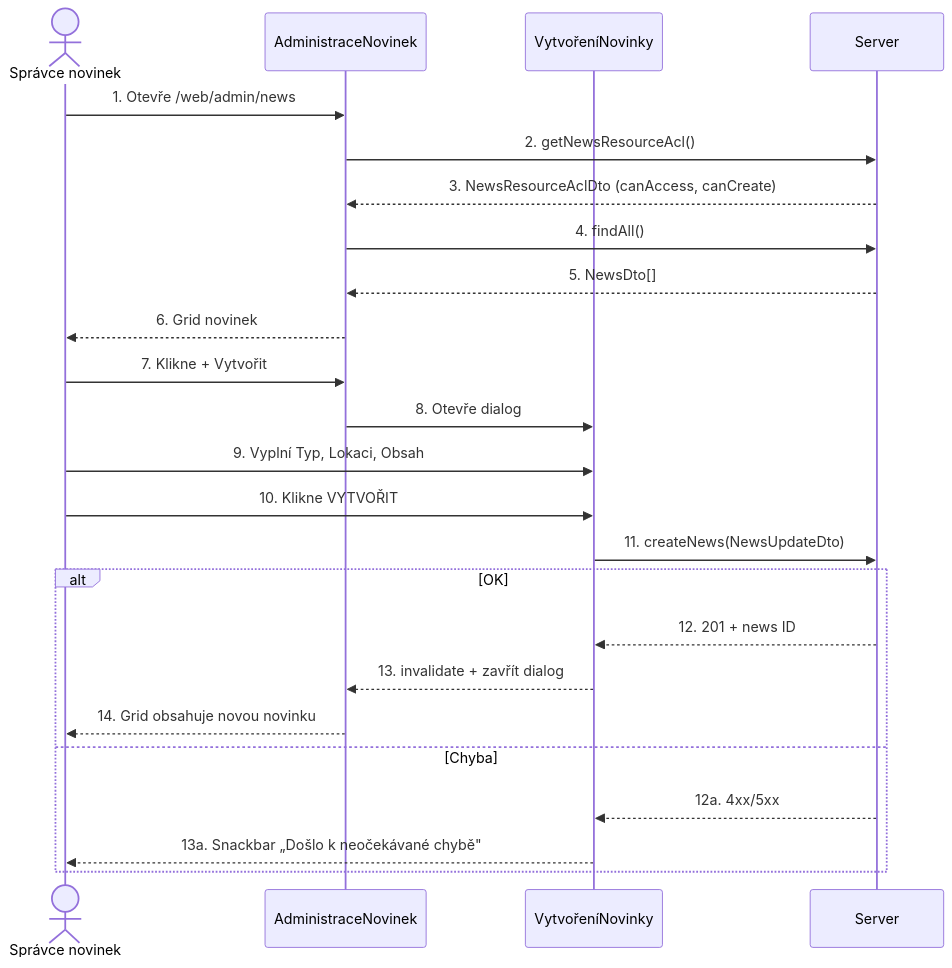
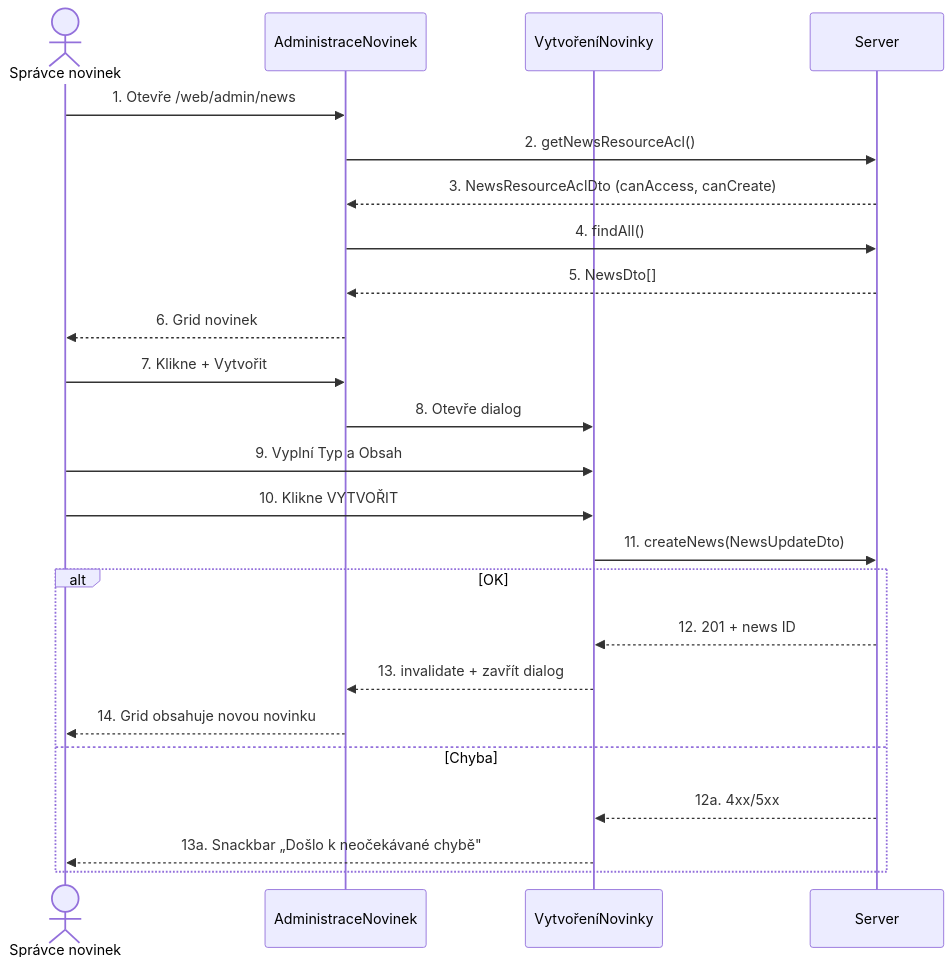
One commit to pvratny-droid/app.pvklok.eu changed the diagram in c3hub/RQU008 - Provozni formulare/analyza-md/05_sekvencni_diagramy.md. Above: the diagram before and after it, drawn with Mermaid. The commit also changed 52 other files, not shown here.

````diff
--- a/c3hub/RQU008 - Provozni formulare/analyza-md/05_sekvencni_diagramy.md
+++ b/c3hub/RQU008 - Provozni formulare/analyza-md/05_sekvencni_diagramy.md
@@ -19,27 +19,27 @@
 ```mermaid
 sequenceDiagram
     actor S as Správce novinek
     participant A as AdministraceNovinek
     participant D as VytvořeníNovinky
     participant Sv as Server
 
     S->>A: 1. Otevře /web/admin/news
     A->>Sv: 2. getNewsResourceAcl()
     Sv-->>A: 3. NewsResourceAclDto (canAccess, canCreate)
     A->>Sv: 4. findAll()
     Sv-->>A: 5. NewsDto[]
     A-->>S: 6. Grid novinek
     S->>A: 7. Klikne + Vytvořit
     A->>D: 8. Otevře dialog
-    S->>D: 9. Vyplní Typ, Lokaci, Obsah
+    S->>D: 9. Vyplní Typ a Obsah
     S->>D: 10. Klikne VYTVOŘIT
     D->>Sv: 11. createNews(NewsUpdateDto)
     alt OK
         Sv-->>D: 12. 201 + news ID
         D-->>A: 13. invalidate + zavřít dialog
         A-->>S: 14. Grid obsahuje novou novinku
     else Chyba
         Sv-->>D: 12a. 4xx/5xx
         D-->>S: 13a. Snackbar „Došlo k neočekávané chybě"
     end
 ```
````
